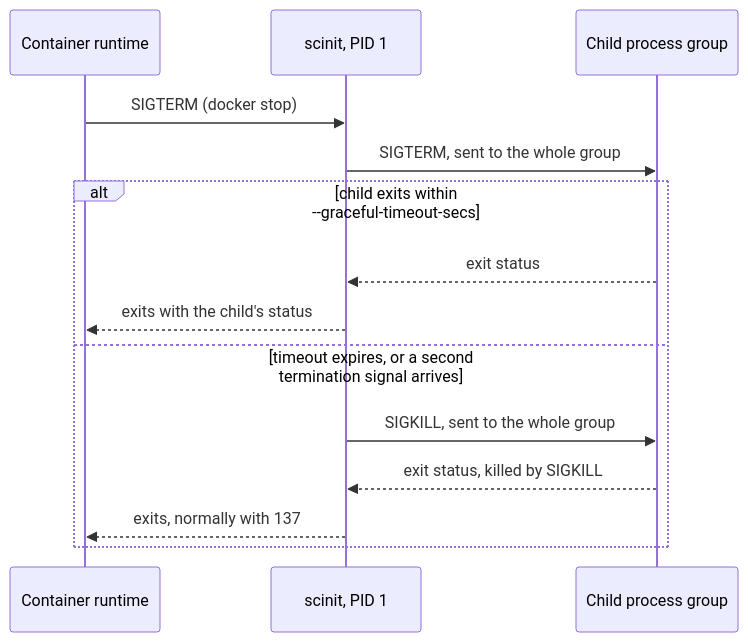
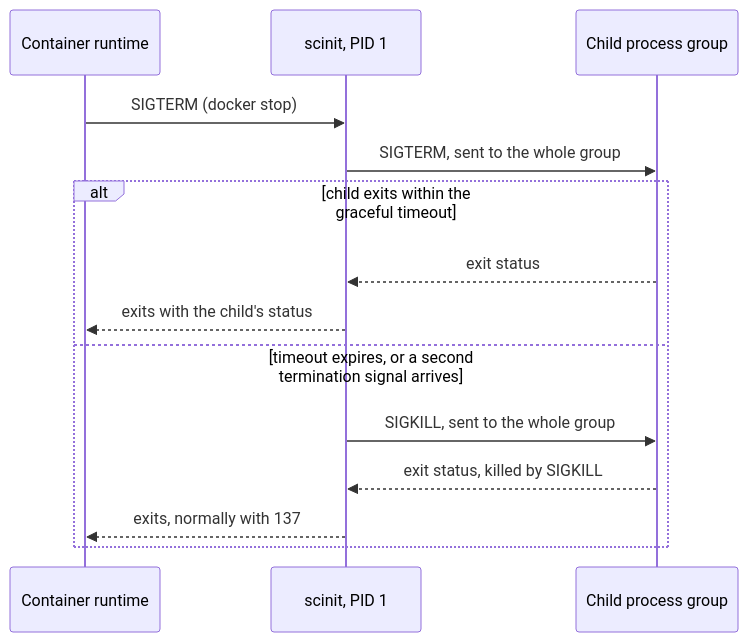
One commit to divoxx/scinit changed the diagram in docs/guides/signals-and-shutdown.md. Above: the diagram before and after it, drawn with Mermaid. The commit also changed other lines of this file and 16 other files, not shown here.

First line of the commit message:
Default the graceful timeout by runtime; add restart timeout

````diff
--- a/docs/guides/signals-and-shutdown.md
+++ b/docs/guides/signals-and-shutdown.md
@@ -7,16 +7,16 @@
 ```mermaid
 sequenceDiagram
     participant R as Container runtime
     participant S as scinit, PID 1
     participant G as Child process group
     R->>S: SIGTERM (docker stop)
     S->>G: SIGTERM, sent to the whole group
-    alt child exits within --graceful-timeout-secs
+    alt child exits within the graceful timeout
         G-->>S: exit status
         S-->>R: exits with the child's status
     else timeout expires, or a second termination signal arrives
         S->>G: SIGKILL, sent to the whole group
         G-->>S: exit status, killed by SIGKILL
         S-->>R: exits, normally with 137
     end
 ```
````
